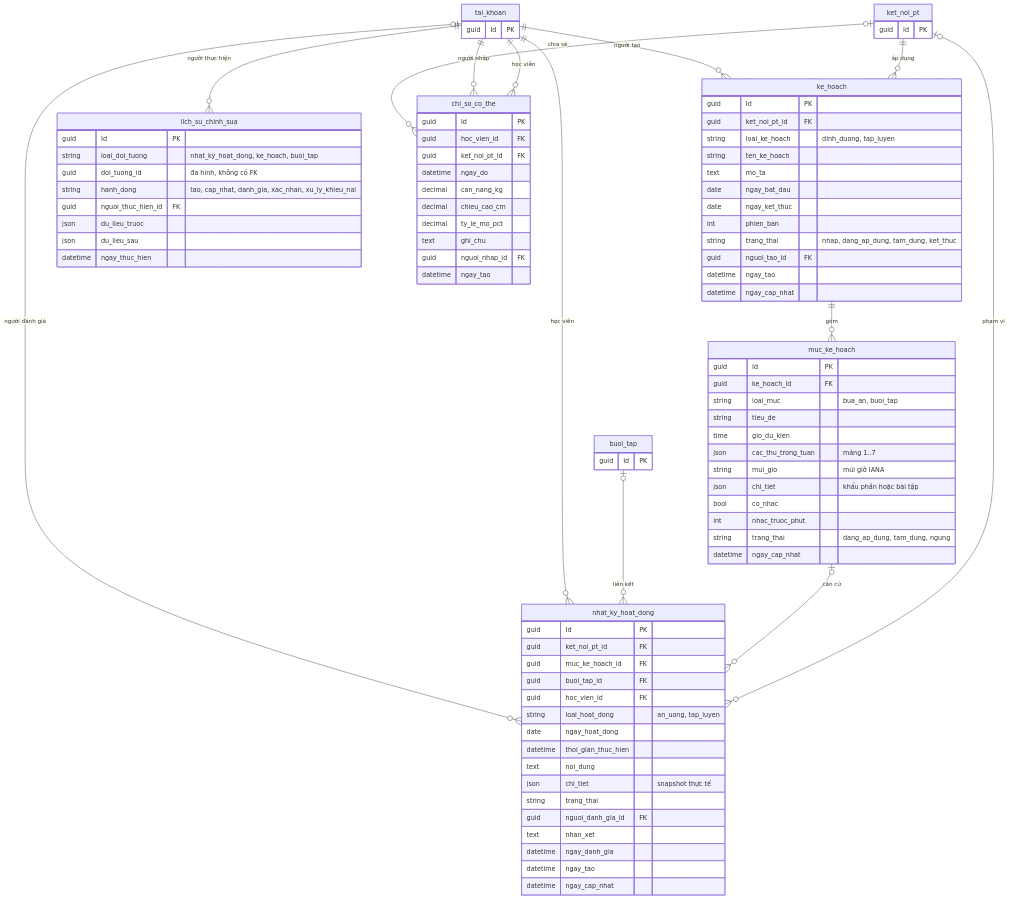
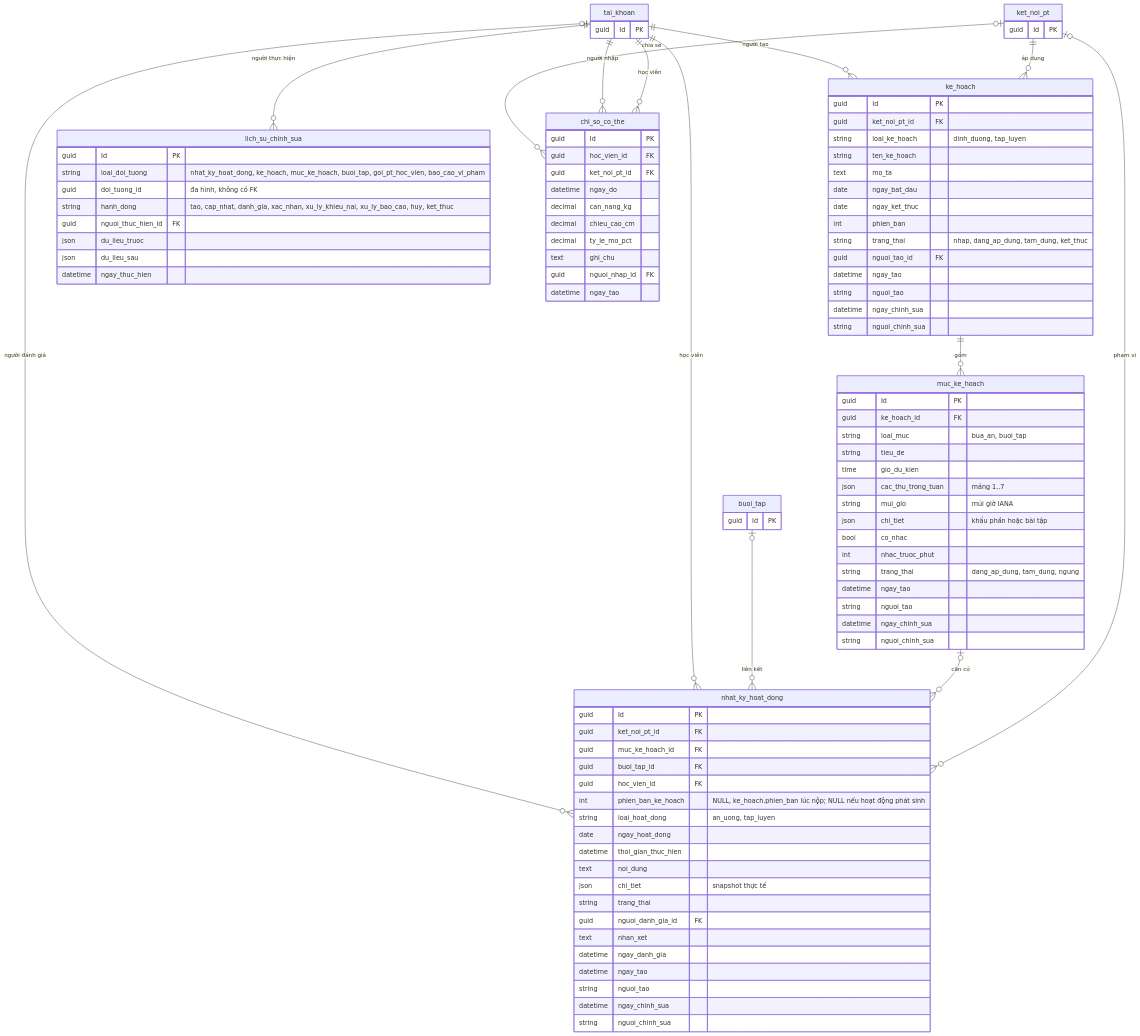
One commit to ngongochuy2003/GymBase changed the first of 3 diagrams in database/diagrams/06-huan-luyen.md. Above: the diagram before and after it, drawn with Mermaid. The commit also changed other lines of this file and 12 other files, not shown here.

```diff
--- a/database/diagrams/06-huan-luyen.md
+++ b/database/diagrams/06-huan-luyen.md
@@ -29,7 +29,9 @@
         string trang_thai "nhap, dang_ap_dung, tam_dung, ket_thuc"
         guid nguoi_tao_id FK
         datetime ngay_tao
-        datetime ngay_cap_nhat
+        string nguoi_tao
+        datetime ngay_chinh_sua
+        string nguoi_chinh_sua
     }
     muc_ke_hoach {
         guid Id PK
@@ -43,7 +45,10 @@
         bool co_nhac
         int nhac_truoc_phut
         string trang_thai "dang_ap_dung, tam_dung, ngung"
-        datetime ngay_cap_nhat
+        datetime ngay_tao
+        string nguoi_tao
+        datetime ngay_chinh_sua
+        string nguoi_chinh_sua
     }
     nhat_ky_hoat_dong {
         guid Id PK
@@ -51,6 +56,7 @@
         guid muc_ke_hoach_id FK
         guid buoi_tap_id FK
         guid hoc_vien_id FK
+        int phien_ban_ke_hoach "NULL, ke_hoach.phien_ban lúc nộp; NULL nếu hoạt động phát sinh"
         string loai_hoat_dong "an_uong, tap_luyen"
         date ngay_hoat_dong
         datetime thoi_gian_thuc_hien
@@ -61,13 +67,15 @@
         text nhan_xet
         datetime ngay_danh_gia
         datetime ngay_tao
-        datetime ngay_cap_nhat
+        string nguoi_tao
+        datetime ngay_chinh_sua
+        string nguoi_chinh_sua
     }
     lich_su_chinh_sua {
         guid Id PK
-        string loai_doi_tuong "nhat_ky_hoat_dong, ke_hoach, buoi_tap"
+        string loai_doi_tuong "nhat_ky_hoat_dong, ke_hoach, muc_ke_hoach, buoi_tap, goi_pt_hoc_vien, bao_cao_vi_pham"
         guid doi_tuong_id "đa hình, không có FK"
-        string hanh_dong "tao, cap_nhat, danh_gia, xac_nhan, xu_ly_khieu_nai"
+        string hanh_dong "tao, cap_nhat, danh_gia, xac_nhan, xu_ly_khieu_nai, xu_ly_bao_cao, huy, ket_thuc"
         guid nguoi_thuc_hien_id FK
         json du_lieu_truoc
         json du_lieu_sau
```
